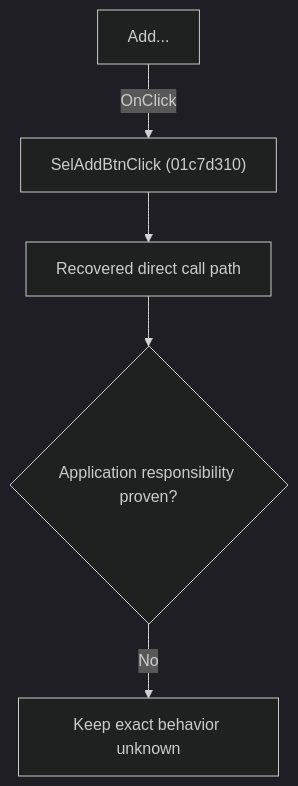
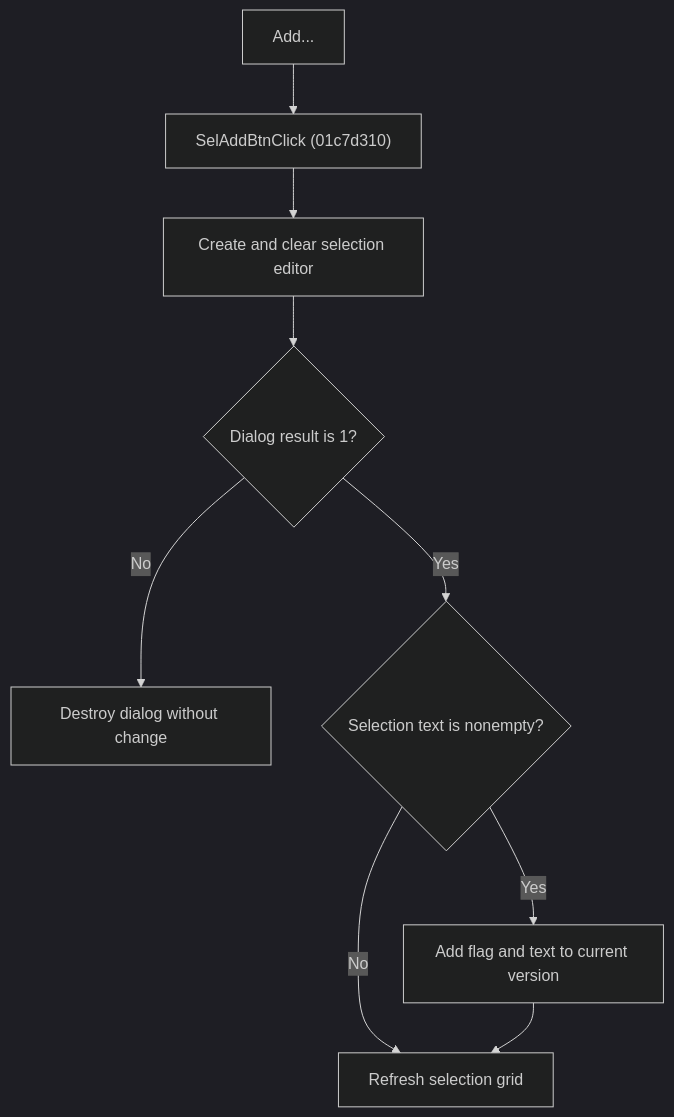
The diagram in docs/ui-controls/schematiceditor/seladdbtn-bb6f2ff618.md (MovGP0/TIARA), drawn with Mermaid (dark theme) before and after one commit. The commit also changed other lines of this file and 241 other files, not shown here.

````diff
--- a/docs/ui-controls/schematiceditor/seladdbtn-bb6f2ff618.md
+++ b/docs/ui-controls/schematiceditor/seladdbtn-bb6f2ff618.md
@@ -27,7 +20,11 @@
 ```mermaid
 flowchart TD
-    control["Add..."] -->|"OnClick"| handler["SelAddBtnClick (01c7d310)"]
-    handler --> recovered["Recovered direct call path"]
-    recovered --> gap{"Application responsibility proven?"}
-    gap -->|"No"| blocked["Keep exact behavior unknown"]
+    control["Add..."] --> handler["SelAddBtnClick (01c7d310)"]
+    handler --> dialog["Create and clear selection editor"]
+    dialog --> accepted{"Dialog result is 1?"}
+    accepted -->|"No"| close["Destroy dialog without change"]
+    accepted -->|"Yes"| text{"Selection text is nonempty?"}
+    text -->|"No"| refresh["Refresh selection grid"]
+    text -->|"Yes"| add["Add flag and text to current version"]
+    add --> refresh
 ```
````
